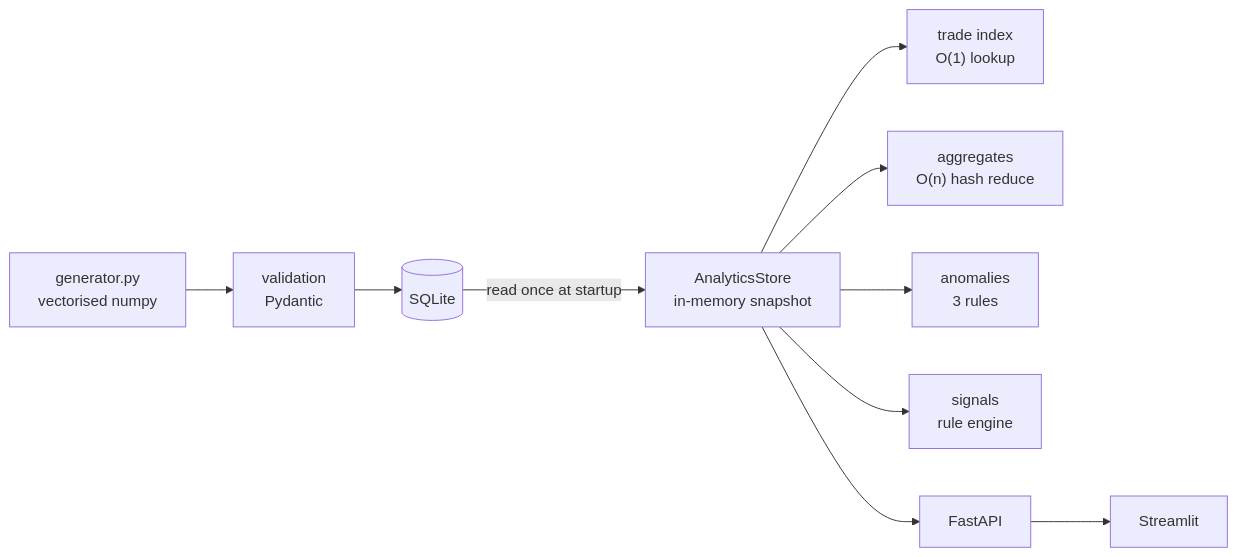
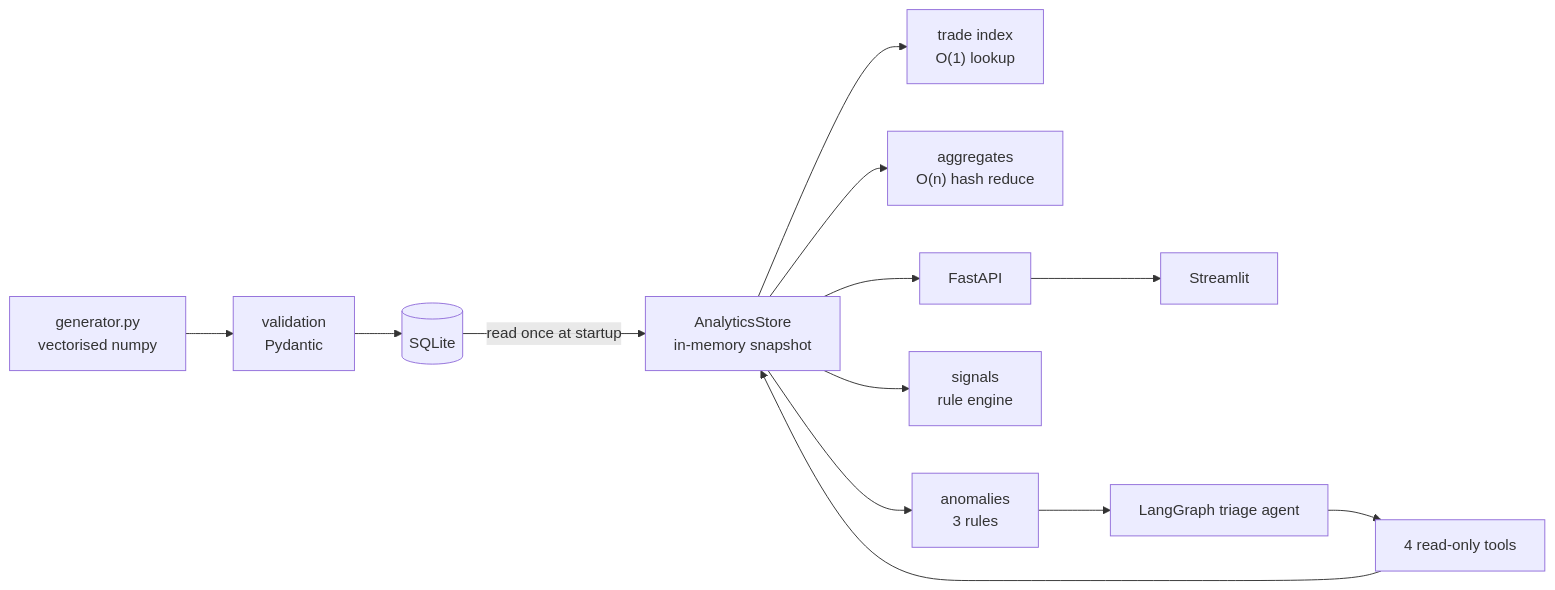
Before and after one commit to adibakhan21/Data-Backend-Service-Infrastructure: the first of 2 diagrams in README.md, drawn with Mermaid. The commit also changed other lines of this file and 17 other files, not shown here.

First line of the commit message:
Add LangGraph triage agent, scale profile and Postman collection

````diff
--- a/README.md
+++ b/README.md
@@ -58,12 +59,15 @@
 ```mermaid
 flowchart LR
     GEN["generator.py<br/>vectorised numpy"] --> VAL["validation<br/>Pydantic"]
     VAL --> DB[("SQLite")]
     DB -->|"read once at startup"| STORE["AnalyticsStore<br/>in-memory snapshot"]
     STORE --> IDX["trade index<br/>O(1) lookup"]
     STORE --> AGG["aggregates<br/>O(n) hash reduce"]
     STORE --> ANO["anomalies<br/>3 rules"]
     STORE --> SIG["signals<br/>rule engine"]
     STORE --> API["FastAPI"]
     API --> DASH["Streamlit"]
+    ANO --> AGENT["LangGraph triage agent"]
+    AGENT --> TOOLS["4 read-only tools"]
+    TOOLS --> STORE
 ```
````
